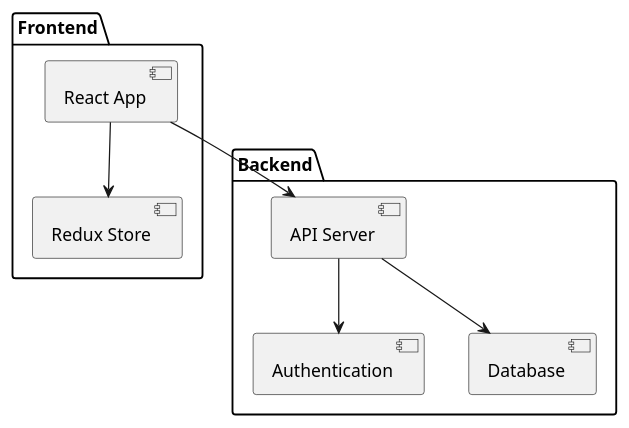
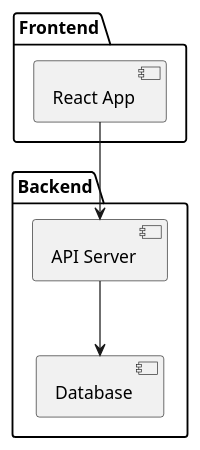
One commit to takemi-ohama/ai-plugins changed the third of 4 diagrams in plugins/ndf/skills/markdown-writing/SKILL.md. Above: the diagram before and after it, drawn with PlantUML. The commit also changed other lines of this file, not shown here.

````diff
--- a/plugins/ndf/skills/markdown-writing/SKILL.md
+++ b/plugins/ndf/skills/markdown-writing/SKILL.md
@@ -123,19 +47,13 @@
 ```plantuml
 @startuml
 package "Frontend" {
     [React App]
-    [Redux Store]
 }
-
 package "Backend" {
     [API Server]
-    [Authentication]
     [Database]
 }
-
-[React App] --> [Redux Store]
 [React App] --> [API Server]
-[API Server] --> [Authentication]
 [API Server] --> [Database]
 @enduml
 ```
````
